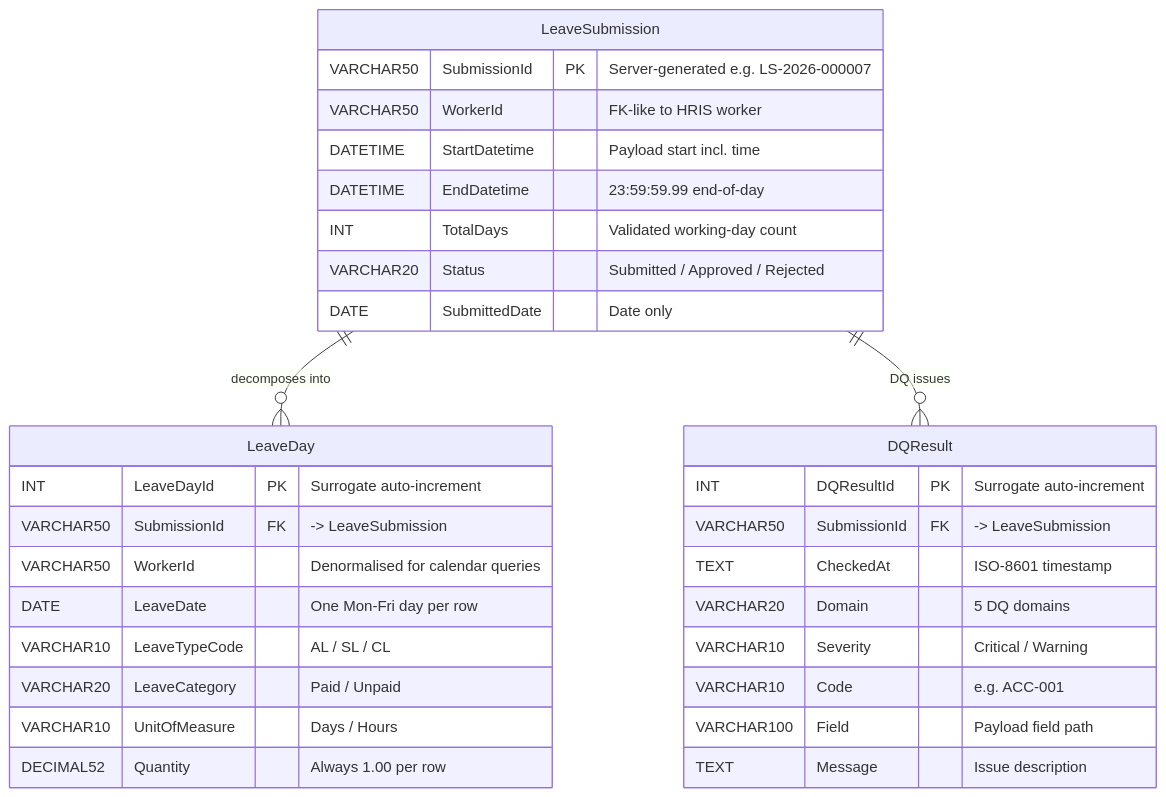
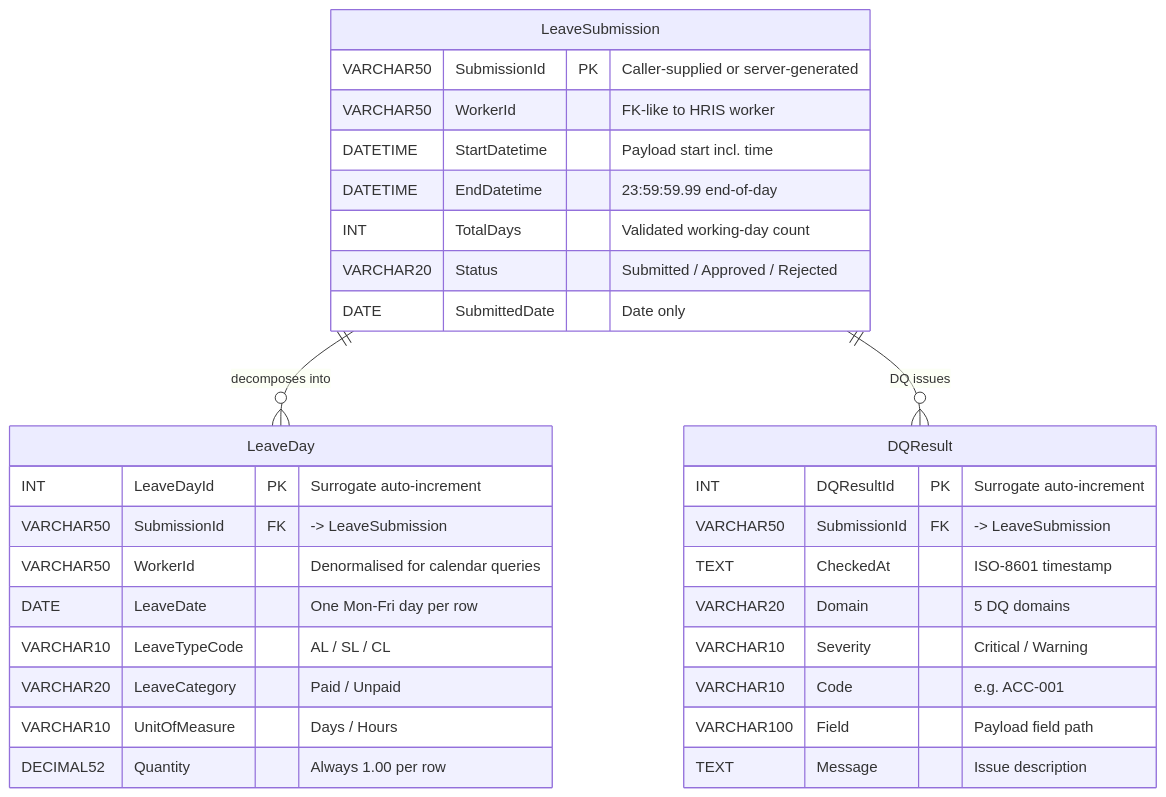
One commit to agripda/phouse changed the diagram in SDD-Leave-Submission-API.md. Above: the diagram before and after it, drawn with Mermaid. The commit also changed other lines of this file and 2 other files, not shown here.

````diff
--- a/SDD-Leave-Submission-API.md
+++ b/SDD-Leave-Submission-API.md
@@ -162,37 +162,37 @@
 ```mermaid
 erDiagram
     LeaveSubmission {
-        VARCHAR50 SubmissionId PK "Server-generated e.g. LS-2026-000007"
+        VARCHAR50 SubmissionId PK "Caller-supplied or server-generated"
         VARCHAR50 WorkerId "FK-like to HRIS worker"
         DATETIME StartDatetime "Payload start incl. time"
         DATETIME EndDatetime "23:59:59.99 end-of-day"
         INT TotalDays "Validated working-day count"
         VARCHAR20 Status "Submitted / Approved / Rejected"
         DATE SubmittedDate "Date only"
     }
 
     LeaveDay {
         INT LeaveDayId PK "Surrogate auto-increment"
         VARCHAR50 SubmissionId FK "-> LeaveSubmission"
         VARCHAR50 WorkerId "Denormalised for calendar queries"
         DATE LeaveDate "One Mon-Fri day per row"
         VARCHAR10 LeaveTypeCode "AL / SL / CL"
         VARCHAR20 LeaveCategory "Paid / Unpaid"
         VARCHAR10 UnitOfMeasure "Days / Hours"
         DECIMAL52 Quantity "Always 1.00 per row"
     }
 
     LeaveSubmission ||--o{ LeaveDay : "decomposes into"
     LeaveSubmission ||--o{ DQResult : "DQ issues"
 
     DQResult {
         INT DQResultId PK "Surrogate auto-increment"
         VARCHAR50 SubmissionId FK "-> LeaveSubmission"
         TEXT CheckedAt "ISO-8601 timestamp"
         VARCHAR20 Domain "5 DQ domains"
         VARCHAR10 Severity "Critical / Warning"
         VARCHAR10 Code "e.g. ACC-001"
         VARCHAR100 Field "Payload field path"
         TEXT Message "Issue description"
     }
 ```
````
